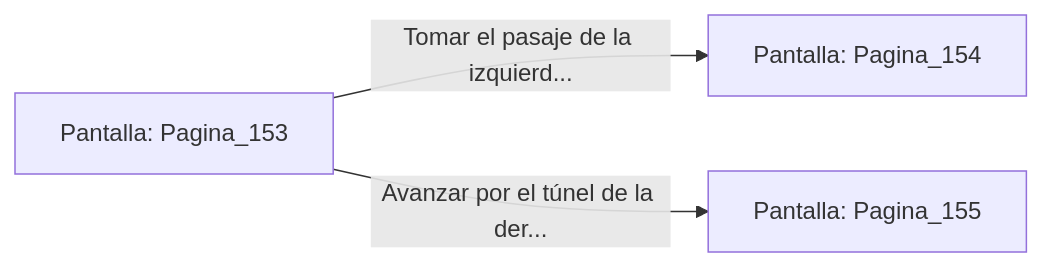
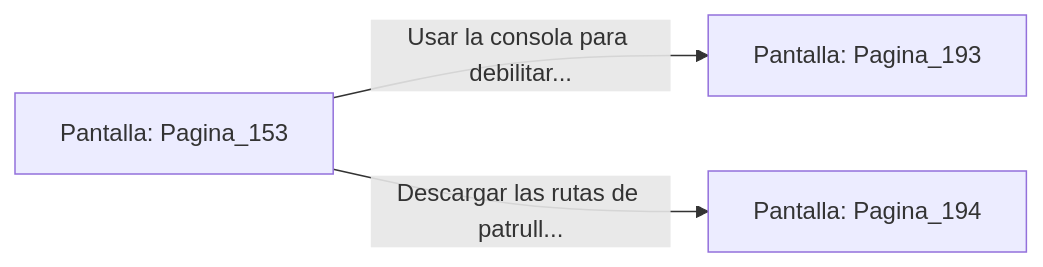
One commit to metsuke/mpl changed the diagram in sample/eligejuego-vault/Pantalla_Pagina_153.md. Above: the diagram before and after it, drawn with Mermaid. The commit also changed other lines of this file and 635 other files, not shown here.

First line of the commit message:
fix: añadir Pagina_1 como pantalla inicial en capitulo_01.mpl

````diff
--- a/sample/eligejuego-vault/Pantalla_Pagina_153.md
+++ b/sample/eligejuego-vault/Pantalla_Pagina_153.md
@@ -20,6 +24,6 @@
 ```mermaid
 graph LR
     P_Pagina_153["Pantalla: Pagina_153"]
-    P_Pagina_153 -->|"Tomar el pasaje de la izquierd..."| P_Pagina_154["Pantalla: Pagina_154"]
-    P_Pagina_153 -->|"Avanzar por el túnel de la der..."| P_Pagina_155["Pantalla: Pagina_155"]
+    P_Pagina_153 -->|"Usar la consola para debilitar..."| P_Pagina_193["Pantalla: Pagina_193"]
+    P_Pagina_153 -->|"Descargar las rutas de patrull..."| P_Pagina_194["Pantalla: Pagina_194"]
 ```
````
